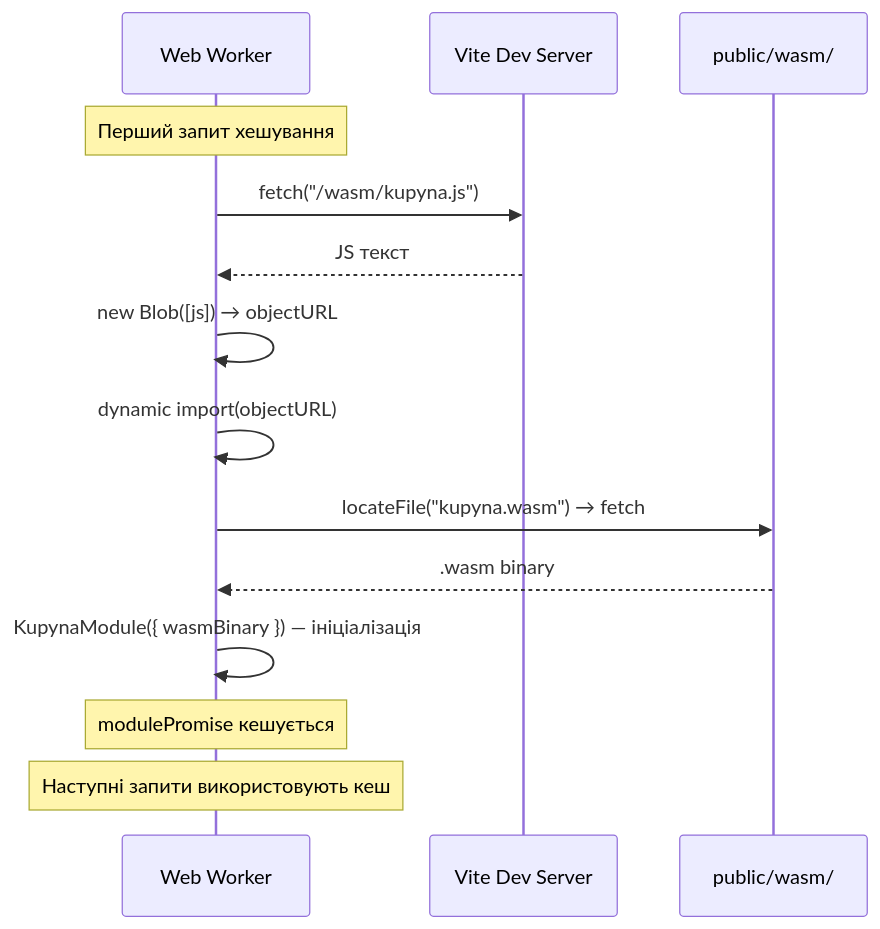
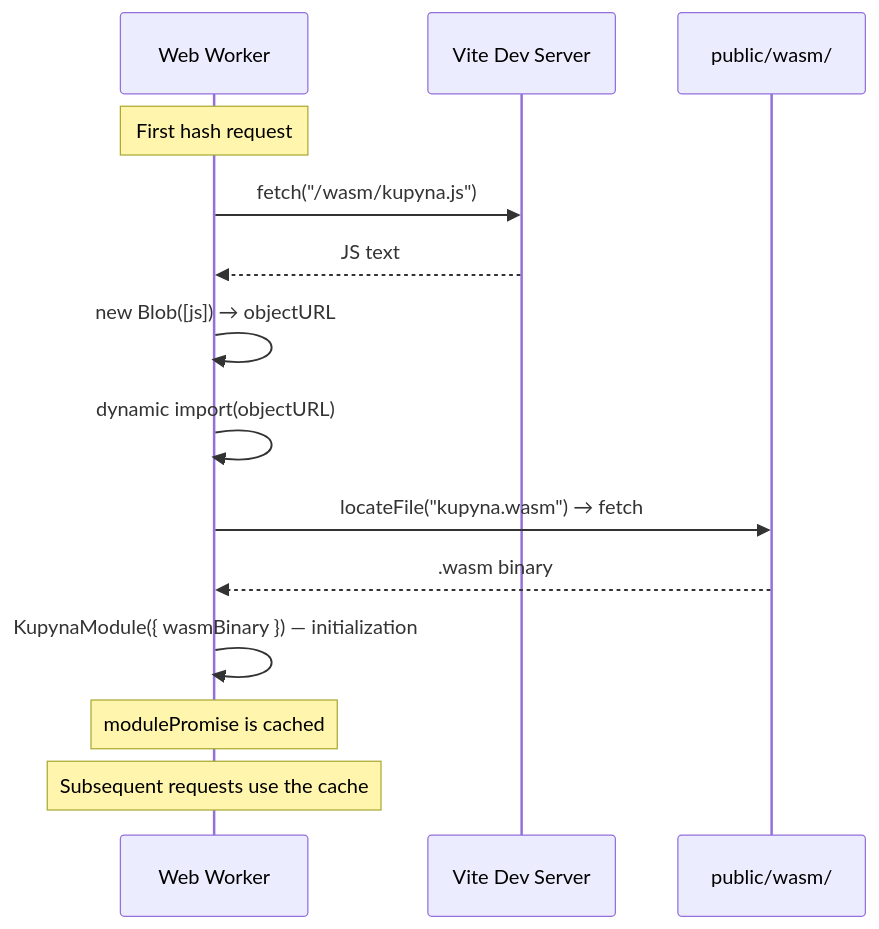
The second of 3 diagrams in README.md (justpetrovych/dstu7564-ts-worker), drawn with Mermaid before and after one commit. The commit also changed other lines of this file and 1 other file, not shown here.

````diff
--- a/README.md
+++ b/README.md
@@ -60,17 +62,17 @@
 ```mermaid
 sequenceDiagram
     participant W as Web Worker
     participant V as Vite Dev Server
     participant FS as public/wasm/
 
-    Note over W: Перший запит хешування
+    Note over W: First hash request
     W->>V: fetch("/wasm/kupyna.js")
-    V-->>W: JS текст
+    V-->>W: JS text
     W->>W: new Blob([js]) → objectURL
     W->>W: dynamic import(objectURL)
     W->>FS: locateFile("kupyna.wasm") → fetch
     FS-->>W: .wasm binary
-    W->>W: KupynaModule({ wasmBinary }) — ініціалізація
-    Note over W: modulePromise кешується
-    Note over W: Наступні запити використовують кеш
+    W->>W: KupynaModule({ wasmBinary }) — initialization
+    Note over W: modulePromise is cached
+    Note over W: Subsequent requests use the cache
 ```
````
